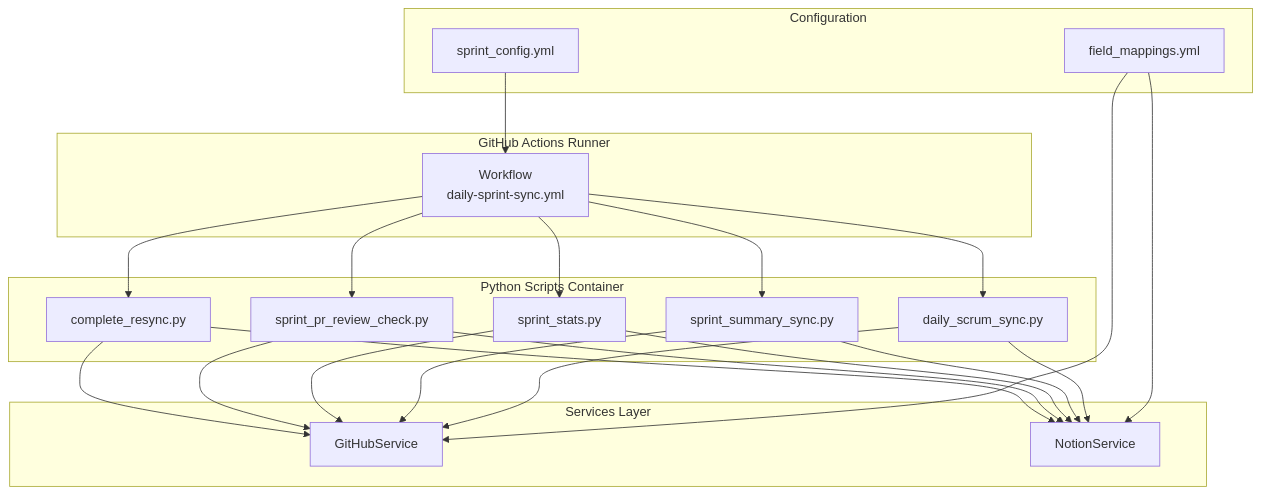
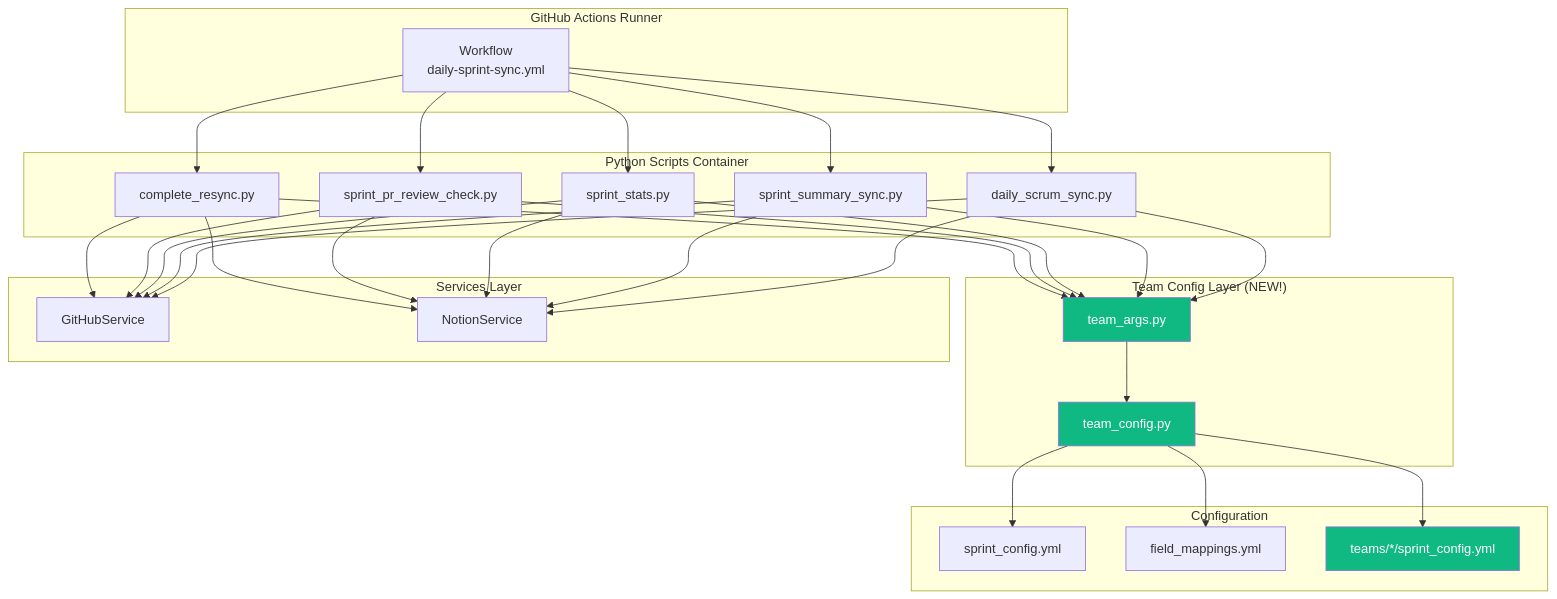
One commit to sylvanus4/github-to-notion-sync changed the sixth of 15 diagrams in docs/daily-sprint-sync/INFORMATION-ARCHITECTURE.md. Above: the diagram before and after it, drawn with Mermaid. The commit also changed other lines of this file and 23 other files, not shown here.

First line of the commit message:
feat: add multi-team support for daily sprint sync workflow (#39)

````diff
--- a/docs/daily-sprint-sync/INFORMATION-ARCHITECTURE.md
+++ b/docs/daily-sprint-sync/INFORMATION-ARCHITECTURE.md
@@ -92,45 +180,62 @@
 ```mermaid
 graph TB
     subgraph "GitHub Actions Runner"
         WF[Workflow<br/>daily-sprint-sync.yml]
     end
 
     subgraph "Python Scripts Container"
         CR[complete_resync.py]
         PR[sprint_pr_review_check.py]
         SS[sprint_stats.py]
         SUM[sprint_summary_sync.py]
         DS[daily_scrum_sync.py]
     end
 
+    subgraph "Team Config Layer (NEW!)"
+        TA[team_args.py]
+        TC[team_config.py]
+    end
+
     subgraph "Services Layer"
         GHS[GitHubService]
         NS[NotionService]
     end
 
     subgraph "Configuration"
         SC[sprint_config.yml]
         FM[field_mappings.yml]
+        TCD[teams/*/sprint_config.yml]
     end
 
     WF --> CR
     WF --> PR
     WF --> SS
     WF --> SUM
     WF --> DS
+
+    CR --> TA
+    PR --> TA
+    SS --> TA
+    SUM --> TA
+    DS --> TA
+
+    TA --> TC
+    TC --> TCD
+    TC --> SC
+    TC --> FM
 
     CR --> GHS
     CR --> NS
     PR --> GHS
     PR --> NS
     SS --> GHS
     SS --> NS
     SUM --> GHS
     SUM --> NS
     DS --> GHS
     DS --> NS
 
-    SC --> WF
-    FM --> GHS
-    FM --> NS
+    style TA fill:#10b981,color:#fff
+    style TC fill:#10b981,color:#fff
+    style TCD fill:#10b981,color:#fff
 ```
````
